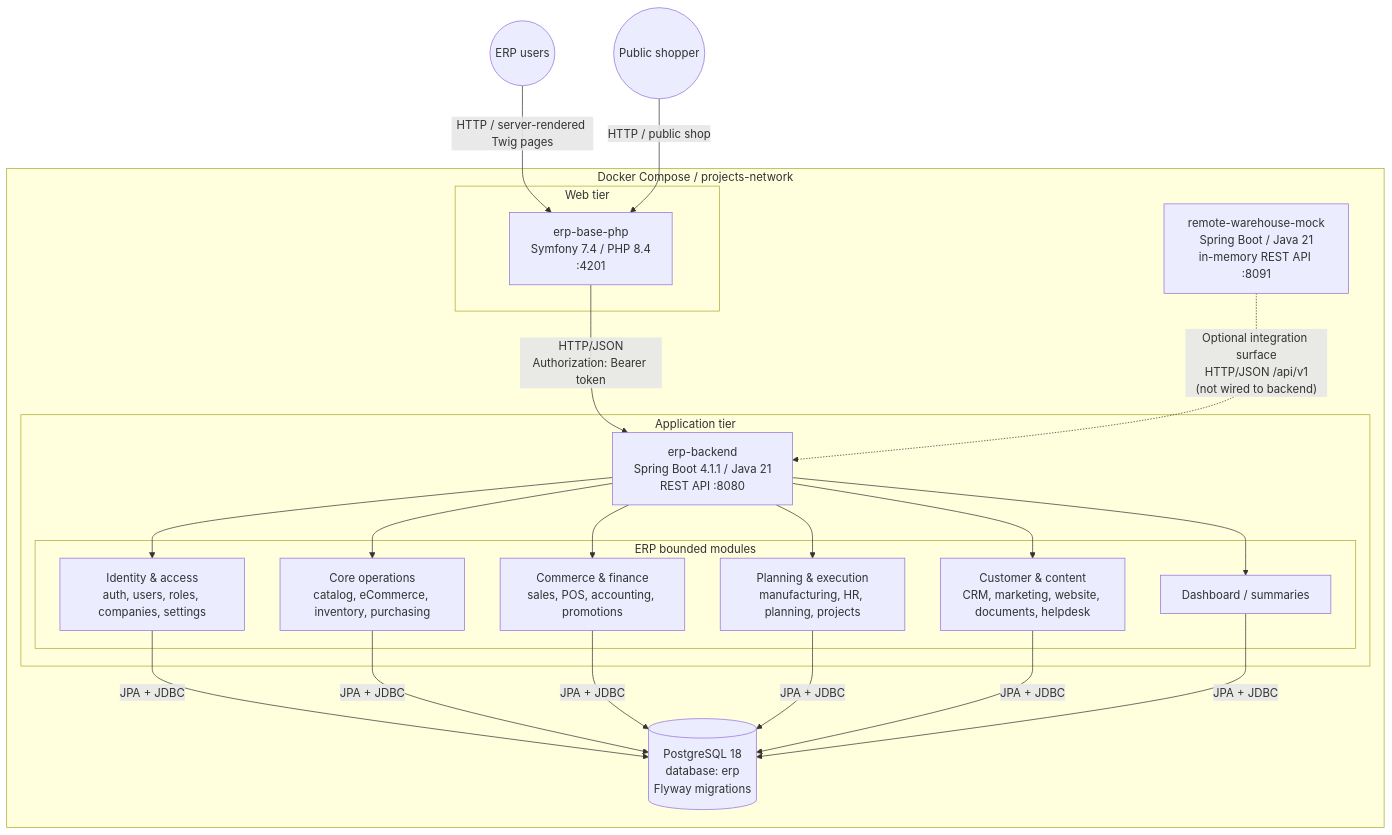
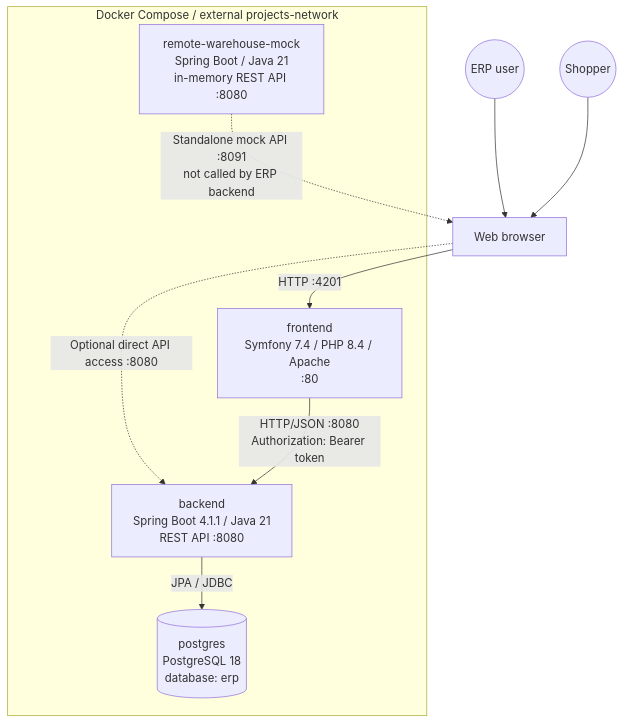
Before and after one commit to vitasmir/ERP: the first of 2 diagrams in ARCHITECTURE.md, drawn with Mermaid. The commit also changed other lines of this file, not shown here.

Commit message:
docs(architecture): update system context and request flow diagrams for clarity

````diff
--- a/ARCHITECTURE.md
+++ b/ARCHITECTURE.md
@@ -8,48 +9,21 @@
 ```mermaid
 flowchart TB
-    user((ERP users))
-    shopper((Public shopper))
+    user((ERP user))
+    shopper((Shopper))
+    browser["Web browser"]
 
-    subgraph compose["Docker Compose / projects-network"]
-        subgraph edge["Web tier"]
-            frontend["erp-base-php<br/>Symfony 7.4 / PHP 8.4<br/>:4201"]
-        end
-
-        subgraph application["Application tier"]
-            backend["erp-backend<br/>Spring Boot 4.1.1 / Java 21<br/>REST API :8080"]
-
-            subgraph modules["ERP bounded modules"]
-                identity["Identity & access<br/>auth, users, roles, companies, settings"]
-                core["Core operations<br/>catalog, eCommerce, inventory, purchasing"]
-                commerce["Commerce & finance<br/>sales, POS, accounting, promotions"]
-                delivery["Planning & execution<br/>manufacturing, HR, planning, projects"]
-                engagement["Customer & content<br/>CRM, marketing, website, documents, helpdesk"]
-                dashboard["Dashboard / summaries"]
-            end
-        end
-
-        db[("PostgreSQL 18<br/>database: erp<br/>Flyway migrations")]
-
-        warehouse["remote-warehouse-mock<br/>Spring Boot / Java 21<br/>in-memory REST API :8091"]
+    subgraph compose["Docker Compose / external projects-network"]
+        frontend["frontend<br/>Symfony 7.4 / PHP 8.4 / Apache<br/>:80"]
+        backend["backend<br/>Spring Boot 4.1.1 / Java 21<br/>REST API :8080"]
+        db[("postgres<br/>PostgreSQL 18<br/>database: erp")]
+        warehouse["remote-warehouse-mock<br/>Spring Boot / Java 21<br/>in-memory REST API :8080"]
     end
 
-    user -->|"HTTP / server-rendered Twig pages"| frontend
-    shopper -->|"HTTP / public shop"| frontend
-    frontend -->|"HTTP/JSON<br/>Authorization: Bearer token"| backend
-
-    backend --> identity
-    backend --> core
-    backend --> commerce
-    backend --> delivery
-    backend --> engagement
-    backend --> dashboard
-
-    identity -->|"JPA + JDBC"| db
-    core -->|"JPA + JDBC"| db
-    commerce -->|"JPA + JDBC"| db
-    delivery -->|"JPA + JDBC"| db
-    engagement -->|"JPA + JDBC"| db
-    dashboard -->|"JPA + JDBC"| db
-
-    warehouse -.->|"Optional integration surface<br/>HTTP/JSON /api/v1<br/>(not wired to backend)"| backend
+    user --> browser
+    shopper --> browser
+    browser -->|"HTTP :4201"| frontend
+    browser -.->|"Optional direct API access :8080"| backend
+    frontend -->|"HTTP/JSON :8080<br/>Authorization: Bearer token"| backend
+    backend -->|"JPA / JDBC"| db
+    warehouse -.->|"Standalone mock API :8091<br/>not called by ERP backend"| browser
 ```
````
